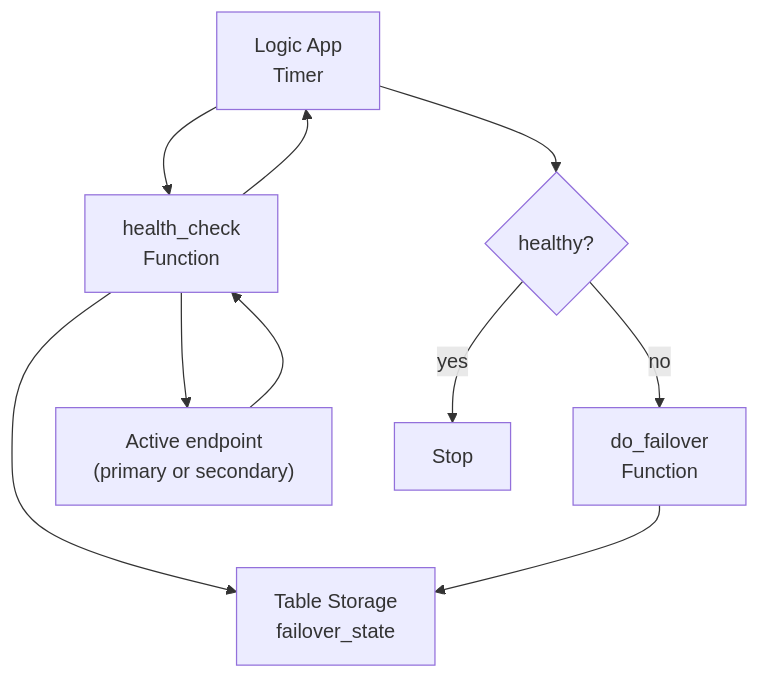
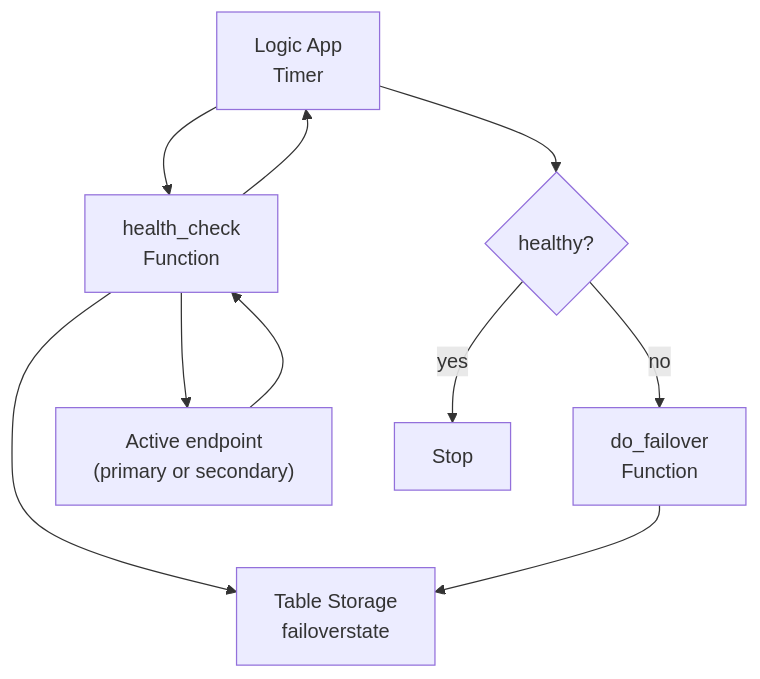
The diagram in azure-failover-orchestrator/README.md (ghassenmiled/Devoteam-MCloud), drawn with Mermaid before and after one commit. The commit also changed other lines of this file and 4 other files, not shown here.

````diff
--- a/azure-failover-orchestrator/README.md
+++ b/azure-failover-orchestrator/README.md
@@ -33,21 +33,21 @@
 ```mermaid
 flowchart TD
 
   LA["Logic App<br/>Timer"]
   HC["health_check<br/>Function"]
   DF["do_failover<br/>Function"]
-  TBL["Table Storage<br/>failover_state"]
+  TBL["Table Storage<br/>failoverstate"]
   EP["Active endpoint<br/>(primary or secondary)"]
 
   LA --> HC
   HC --> EP
   EP --> HC
   HC --> TBL
   HC --> LA
 
   LA --> DEC{healthy?}
   DEC -->|yes| END["Stop"]
   DEC -->|no| DF
 
   DF --> TBL
 ```
````
